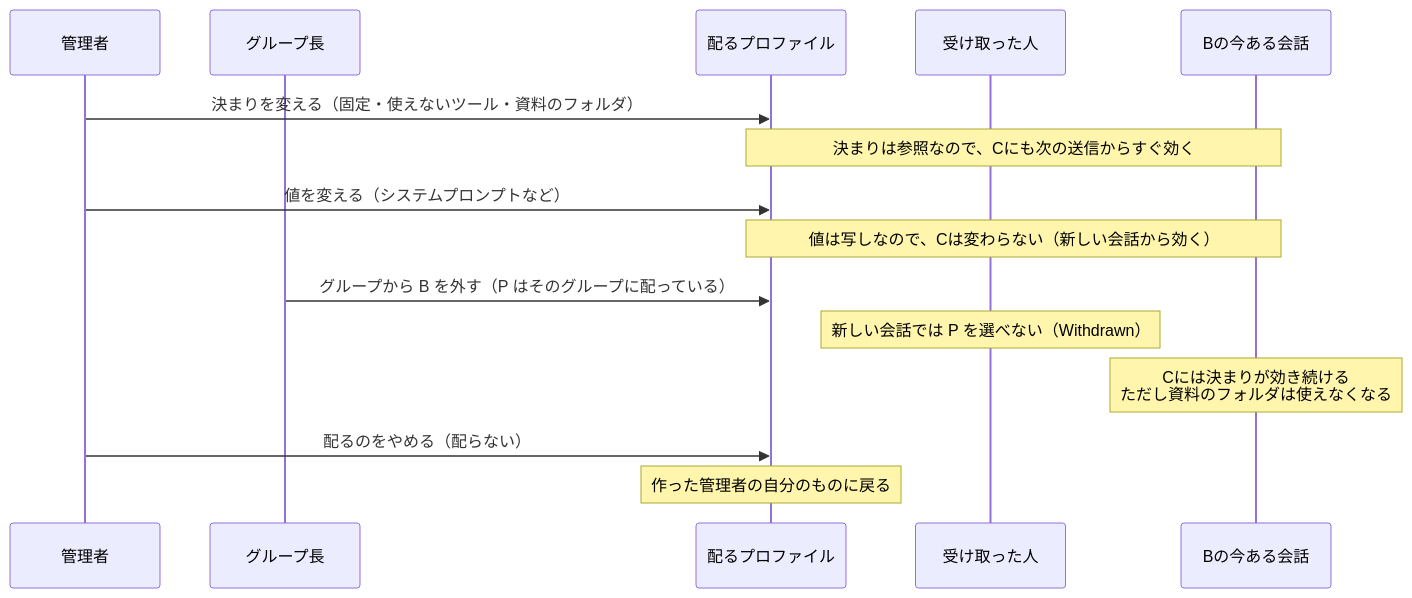
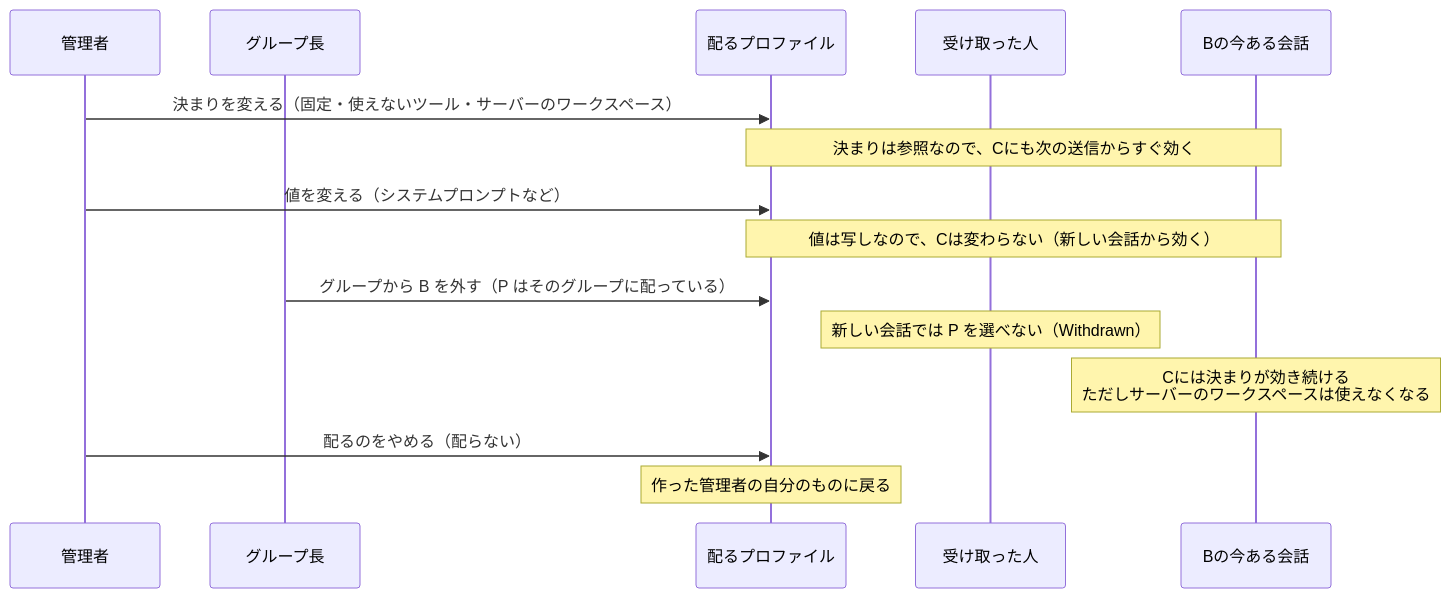
Before and after one commit to secondarykey/aibow: the fourth of 7 diagrams in _docs/diagrams-profiles.md, drawn with Mermaid. The commit also changed other lines of this file and 13 other files, not shown here.

````diff
--- a/_docs/diagrams-profiles.md
+++ b/_docs/diagrams-profiles.md
@@ -99,17 +99,17 @@
 ```mermaid
 sequenceDiagram
   participant A as 管理者
   participant L as グループ長
   participant P as 配るプロファイル
   participant B as 受け取った人
   participant C as Bの今ある会話
-  A->>P: 決まりを変える（固定・使えないツール・資料のフォルダ）
+  A->>P: 決まりを変える（固定・使えないツール・サーバーのワークスペース）
   Note over P,C: 決まりは参照なので、Cにも次の送信からすぐ効く
   A->>P: 値を変える（システムプロンプトなど）
   Note over P,C: 値は写しなので、Cは変わらない（新しい会話から効く）
   L->>P: グループから B を外す（P はそのグループに配っている）
   Note over B: 新しい会話では P を選べない（Withdrawn）
-  Note over C: Cには決まりが効き続ける<br/>ただし資料のフォルダは使えなくなる
+  Note over C: Cには決まりが効き続ける<br/>ただしサーバーのワークスペースは使えなくなる
   A->>P: 配るのをやめる（配らない）
   Note over P: 作った管理者の自分のものに戻る
 ```
````
